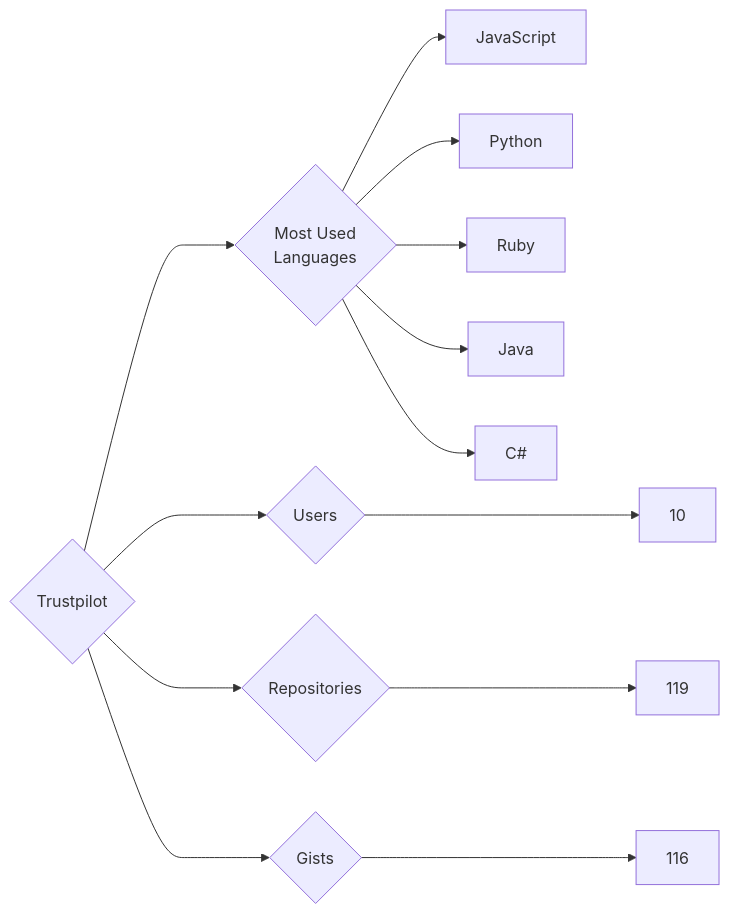
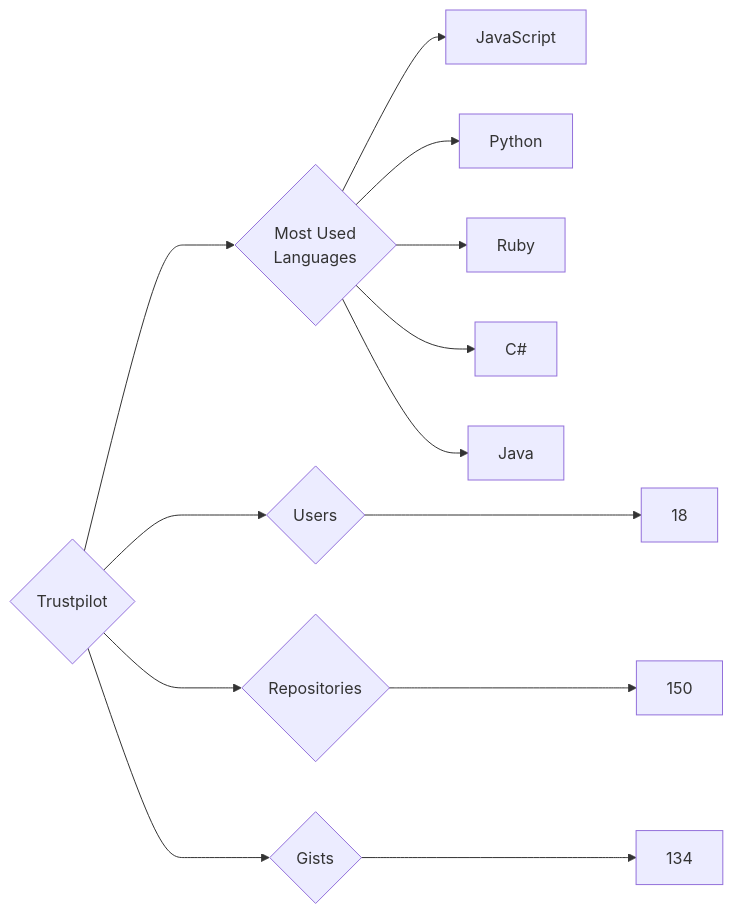
One commit to trickest/insiders changed the diagram in targets/Trustpilot/README.md. Above: the diagram before and after it, drawn with Mermaid. The commit also changed 860 other files, not shown here.

````diff
--- a/targets/Trustpilot/README.md
+++ b/targets/Trustpilot/README.md
@@ -3,13 +3,13 @@
 ```mermaid
 graph LR
 COMPANY_NAME{Trustpilot}
-COMPANY_NAME ---> U{Users} ---> UN[10]
-COMPANY_NAME ---> R{Repositories} ---> RN[119]
-COMPANY_NAME ---> G{Gists} ---> GN[116]
+COMPANY_NAME ---> U{Users} ---> UN[18]
+COMPANY_NAME ---> R{Repositories} ---> RN[150]
+COMPANY_NAME ---> G{Gists} ---> GN[134]
 COMPANY_NAME ---> ML{Most Used<br>Languages}
 ML --> JavaScript[JavaScript]
 ML --> Python[Python]
 ML --> Ruby[Ruby]
+ML --> C#[C#]
 ML --> Java[Java]
-ML --> C#[C#]
 ```
````
